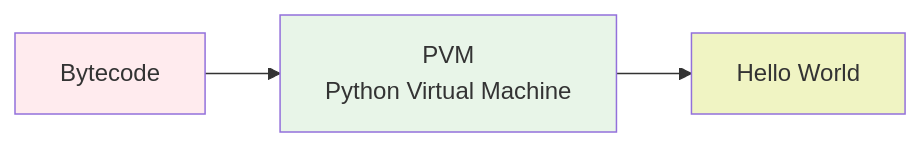
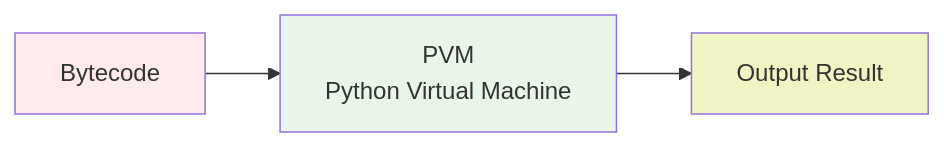
The second of 3 diagrams in 03_ReferenceLibrary/01_Development/01_Python/01_Fundamentals/09_Professional-to-Python-Expert/Advanced-Content/02_Python-Compilation-and-Interpretation.md (Swamy-s-Tech-Skills-Academy/swamy-tech-skills-academy-main), drawn with Mermaid before and after one commit. The commit also changed 37 other files, not shown here.

````diff
--- a/03_ReferenceLibrary/01_Development/01_Python/01_Fundamentals/09_Professional-to-Python-Expert/Advanced-Content/02_Python-Compilation-and-Interpretation.md
+++ b/03_ReferenceLibrary/01_Development/01_Python/01_Fundamentals/09_Professional-to-Python-Expert/Advanced-Content/02_Python-Compilation-and-Interpretation.md
@@ -65,9 +65,9 @@
 ```mermaid
 graph LR
     A[Bytecode] --> B[PVM<br/>Python Virtual Machine]
-    B --> C["Hello World"]
+    B --> C["Output Result"]
 
     style A fill:#ffebee
     style B fill:#e8f5e8
     style C fill:#f0f4c3
 ```
````
